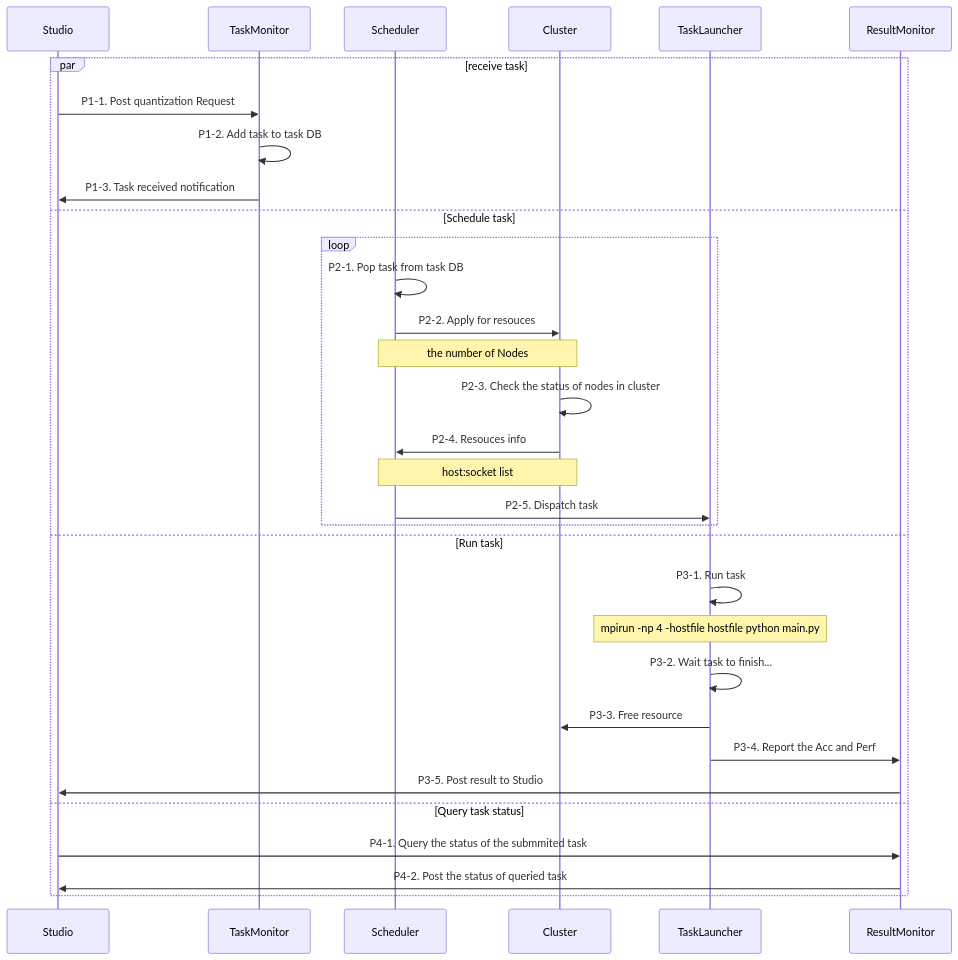
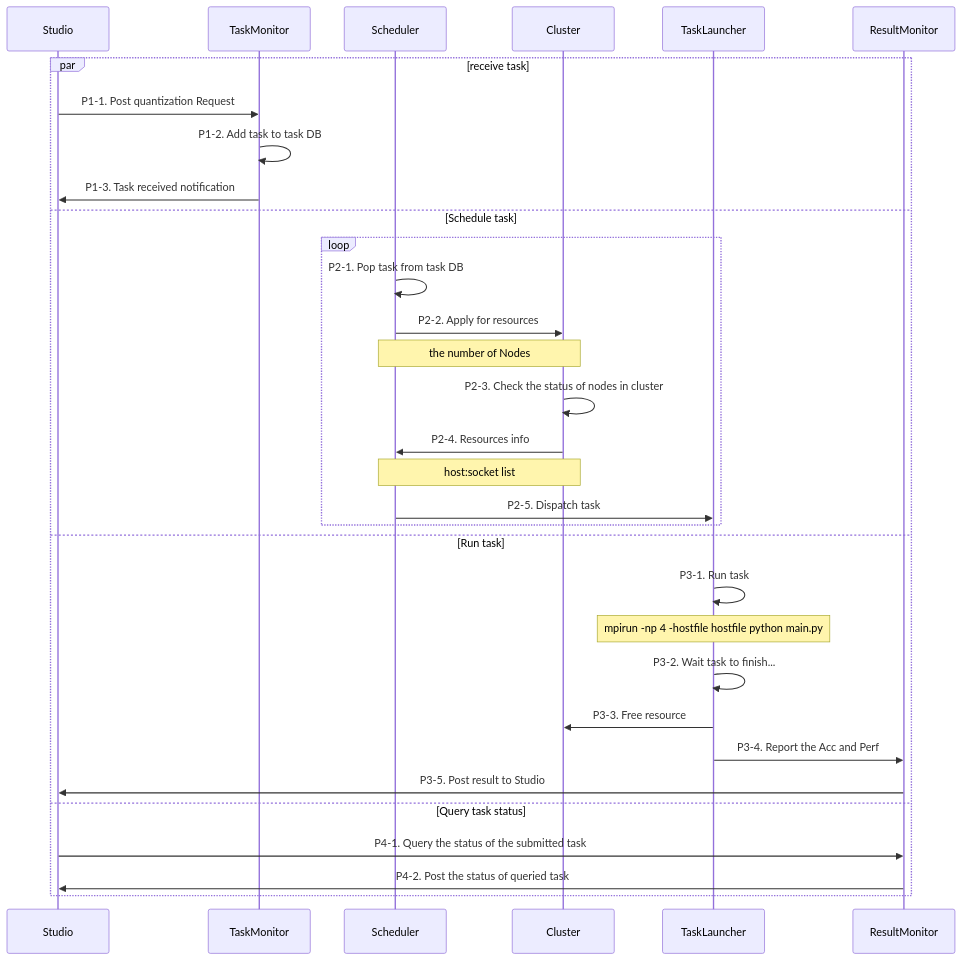
The first of 2 diagrams in neural_solution/docs/source/README.md (intel/neural-compressor), drawn with Mermaid before and after one commit. The commit also changed 3 other files, not shown here.

````diff
--- a/neural_solution/docs/source/README.md
+++ b/neural_solution/docs/source/README.md
@@ -21,35 +21,35 @@
 ```mermaid
 sequenceDiagram
     participant Studio
     participant TaskMonitor
     participant Scheduler
     participant Cluster
     participant TaskLauncher
     participant ResultMonitor
     Par receive task
     Studio ->> TaskMonitor: P1-1. Post quantization Request
     TaskMonitor ->> TaskMonitor: P1-2. Add task to task DB
     TaskMonitor ->> Studio: P1-3. Task received notification
     and Schedule task
         loop 
             Scheduler ->> Scheduler: P2-1. Pop task from task DB
-            Scheduler ->> Cluster: P2-2. Apply for resouces
+            Scheduler ->> Cluster: P2-2. Apply for resources
             Note over Scheduler, Cluster: the number of Nodes
             Cluster ->> Cluster: P2-3. Check the status of nodes in cluster
-            Cluster ->> Scheduler: P2-4. Resouces info 
+            Cluster ->> Scheduler: P2-4. Resources info
             Note over Scheduler, Cluster: host:socket list
             Scheduler ->> TaskLauncher: P2-5. Dispatch task
         end
     and Run task
     TaskLauncher ->> TaskLauncher: P3-1. Run task
     Note over TaskLauncher, TaskLauncher: mpirun -np 4 -hostfile hostfile python main.py
     TaskLauncher ->> TaskLauncher: P3-2. Wait task to finish...
     TaskLauncher ->> Cluster: P3-3. Free resource
     TaskLauncher ->> ResultMonitor: P3-4. Report the Acc and Perf
     ResultMonitor ->> Studio: P3-5. Post result to Studio
     and Query task status
-    Studio ->> ResultMonitor: P4-1. Query the status of the submmited task 
+    Studio ->> ResultMonitor: P4-1. Query the status of the submitted task
     ResultMonitor ->> Studio: P4-2. Post the status of queried task
     End
 
 ```
````
